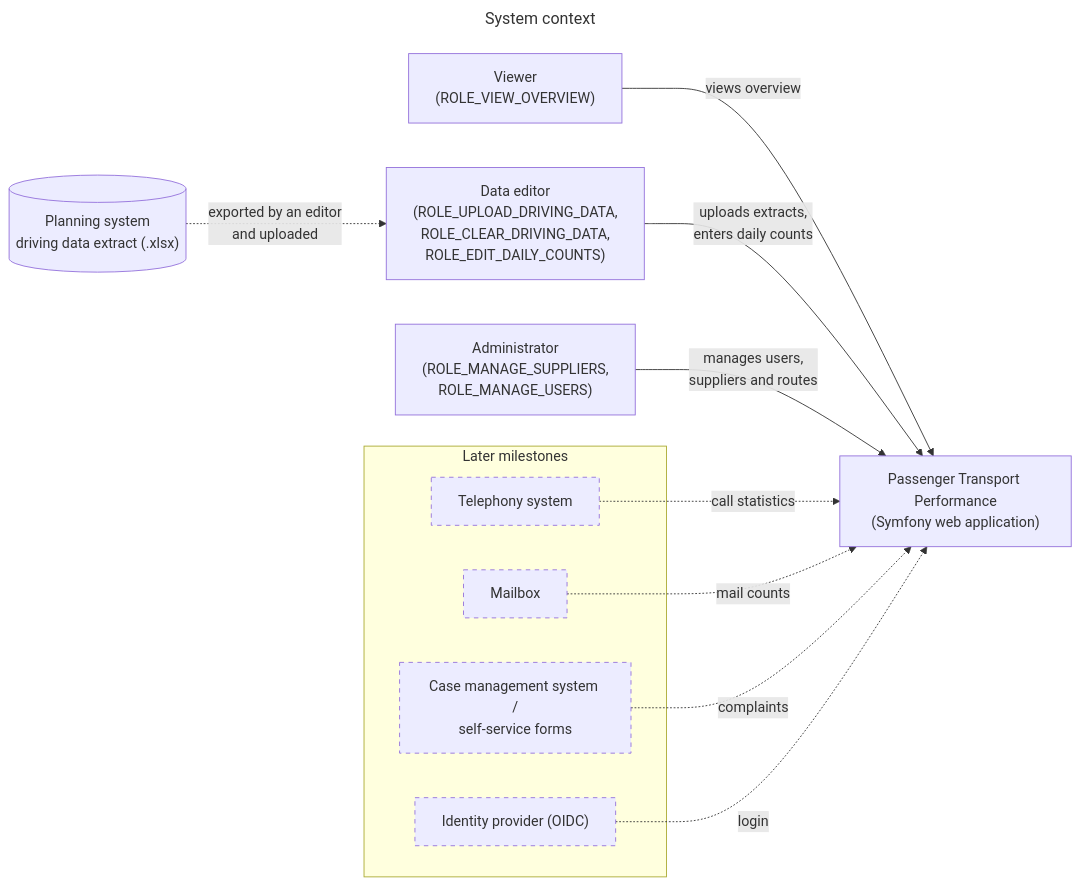
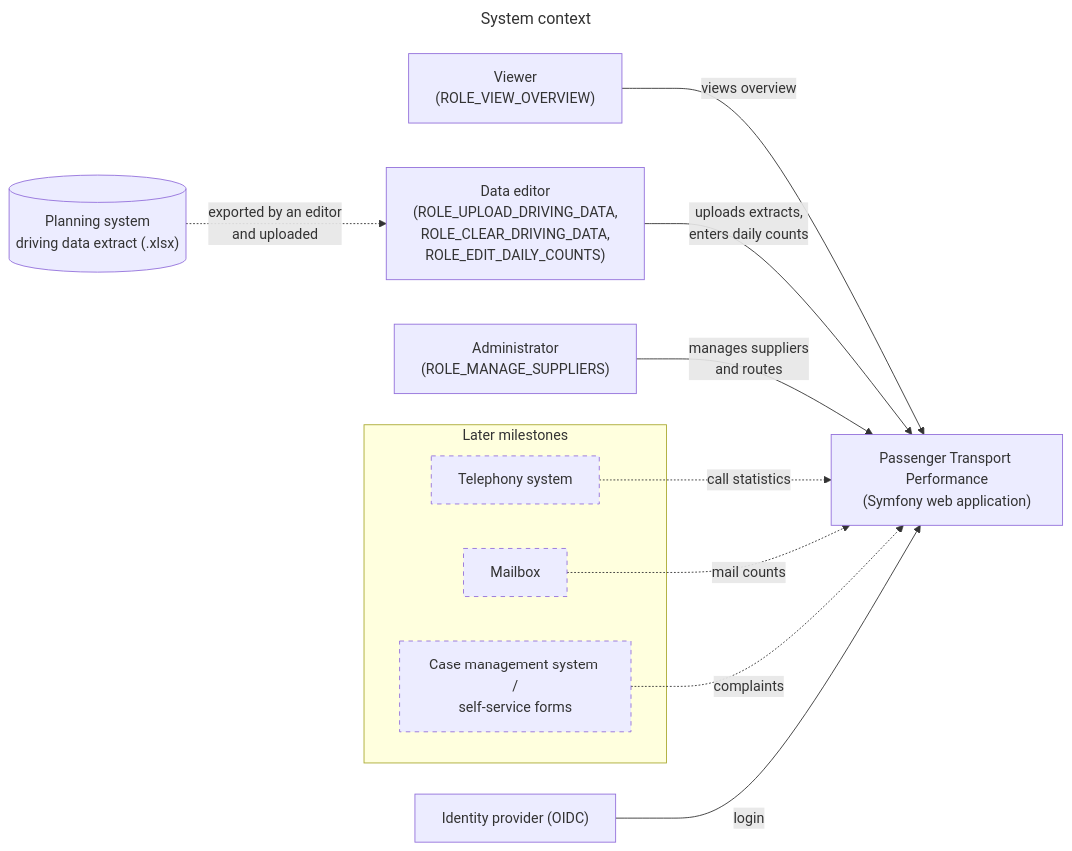
The diagram in docs/diagrams/context.mmd (itk-dev/koerselsoverblik), drawn with Mermaid before and after one commit. The commit also changed 13 other files, not shown here.

Commit message:
docs: replace password login with OIDC login

```diff
--- a/docs/diagrams/context.mmd
+++ b/docs/diagrams/context.mmd
@@ -1,31 +1,31 @@
 ---
 title: System context
 ---
 flowchart LR
     user["Viewer<br/>(ROLE_VIEW_OVERVIEW)"]
     editor["Data editor<br/>(ROLE_UPLOAD_DRIVING_DATA,<br/>ROLE_CLEAR_DRIVING_DATA,<br/>ROLE_EDIT_DAILY_COUNTS)"]
-    admin["Administrator<br/>(ROLE_MANAGE_SUPPLIERS,<br/>ROLE_MANAGE_USERS)"]
+    admin["Administrator<br/>(ROLE_MANAGE_SUPPLIERS)"]
 
     app["Passenger Transport Performance<br/>(Symfony web application)"]
 
     planning[("Planning system<br/>driving data extract (.xlsx)")]
+    idp["Identity provider (OIDC)"]
 
     subgraph later["Later milestones"]
         telephony["Telephony system"]
         mailbox["Mailbox"]
         cases["Case management system /<br/>self-service forms"]
-        idp["Identity provider (OIDC)"]
     end
 
     user -- "views overview" --> app
     editor -- "uploads extracts,<br/>enters daily counts" --> app
-    admin -- "manages users,<br/>suppliers and routes" --> app
+    admin -- "manages suppliers<br/>and routes" --> app
     planning -. "exported by an editor<br/>and uploaded" .-> editor
 
     telephony -. "call statistics" .-> app
     mailbox -. "mail counts" .-> app
     cases -. "complaints" .-> app
-    idp -. "login" .-> app
+    idp -- "login" --> app
 
     classDef future stroke-dasharray: 5 5
-    class telephony,mailbox,cases,idp future
+    class telephony,mailbox,cases future
```
